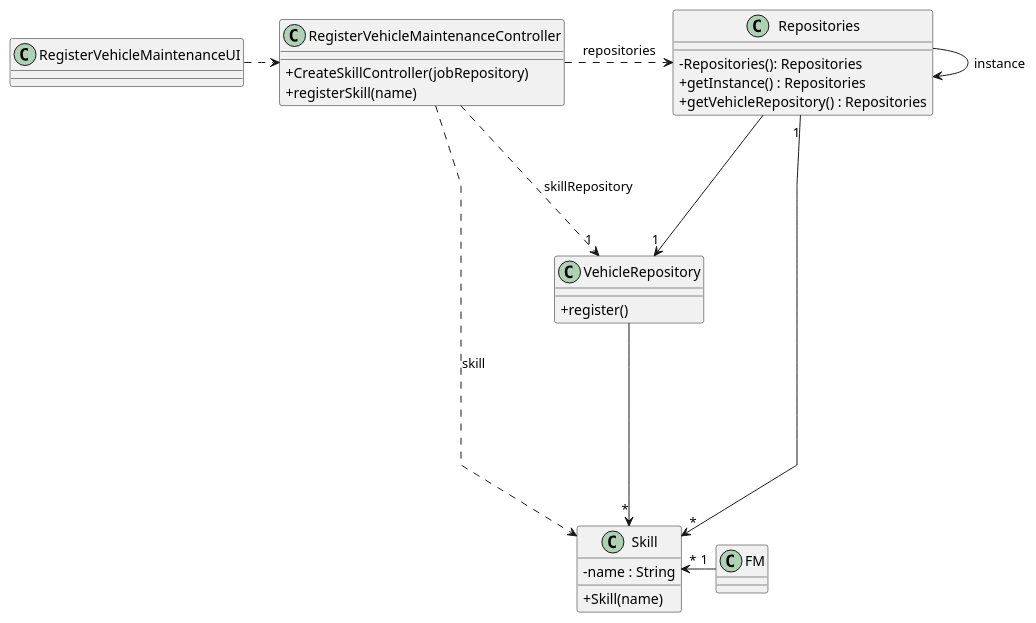
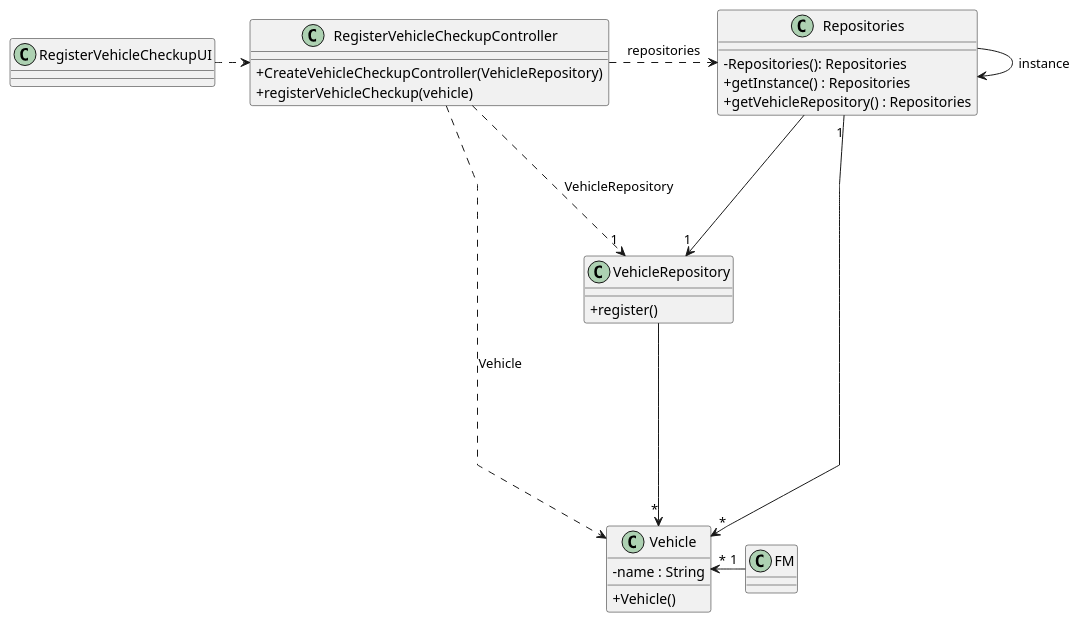
The diagram in docs/sprintB/us007/03.design/puml/us007-class-diagram.puml (Departamento-de-Engenharia-Informatica/lei-24-s2-1dkl-g134), drawn with PlantUML before and after one commit. The commit also changed 14 other files, not shown here.

Commit message:
us007 sequence diagram finished

```diff
--- a/docs/sprintB/us007/03.design/puml/us007-class-diagram.puml
+++ b/docs/sprintB/us007/03.design/puml/us007-class-diagram.puml
@@ -1,51 +1,51 @@
 @startuml
 'skinparam monochrome true
 skinparam packageStyle rectangle
 skinparam shadowing false
 skinparam linetype polyline
 'skinparam linetype orto
 
 skinparam classAttributeIconSize 0
 
 'left to right direction
 
-class RegisterVehicleMaintenanceUI{
+class RegisterVehicleCheckupUI{
 }
 
 
-class RegisterVehicleMaintenanceController{
-   +CreateSkillController(jobRepository)
-   +registerSkill(name)
+class RegisterVehicleCheckupController{
+   +CreateVehicleCheckupController(VehicleRepository)
+   +registerVehicleCheckup(vehicle)
  }
 
 class Repositories {
     - Repositories(): Repositories
     + getInstance() : Repositories
     + getVehicleRepository() : Repositories
 }
 
 
 class VehicleRepository {
     + register()
 }
 
-class Skill{
+class  Vehicle{
     -name : String
-    +Skill(name)
+    +Vehicle()
 }
 
 class FM{
 }
 
-RegisterVehicleMaintenanceUI .>  RegisterVehicleMaintenanceController
- RegisterVehicleMaintenanceController ...r> Repositories : repositories
+RegisterVehicleCheckupUI .>  RegisterVehicleCheckupController
+ RegisterVehicleCheckupController ...r> Repositories : repositories
 Repositories ---> "1" VehicleRepository
 Repositories -> Repositories : instance
-Repositories "1" --> "*" Skill
+Repositories "1" --> "*" Vehicle
 
-VehicleRepository --> "*" Skill
-FM "1" -l-> "*" Skill
- RegisterVehicleMaintenanceController ......>  Skill : skill
- RegisterVehicleMaintenanceController ...> "1" VehicleRepository : skillRepository
+VehicleRepository --> "*" Vehicle
+FM "1" -l-> "*" Vehicle
+ RegisterVehicleCheckupController ......>  Vehicle : Vehicle
+ RegisterVehicleCheckupController ...> "1" VehicleRepository : VehicleRepository
 
 @enduml
```
